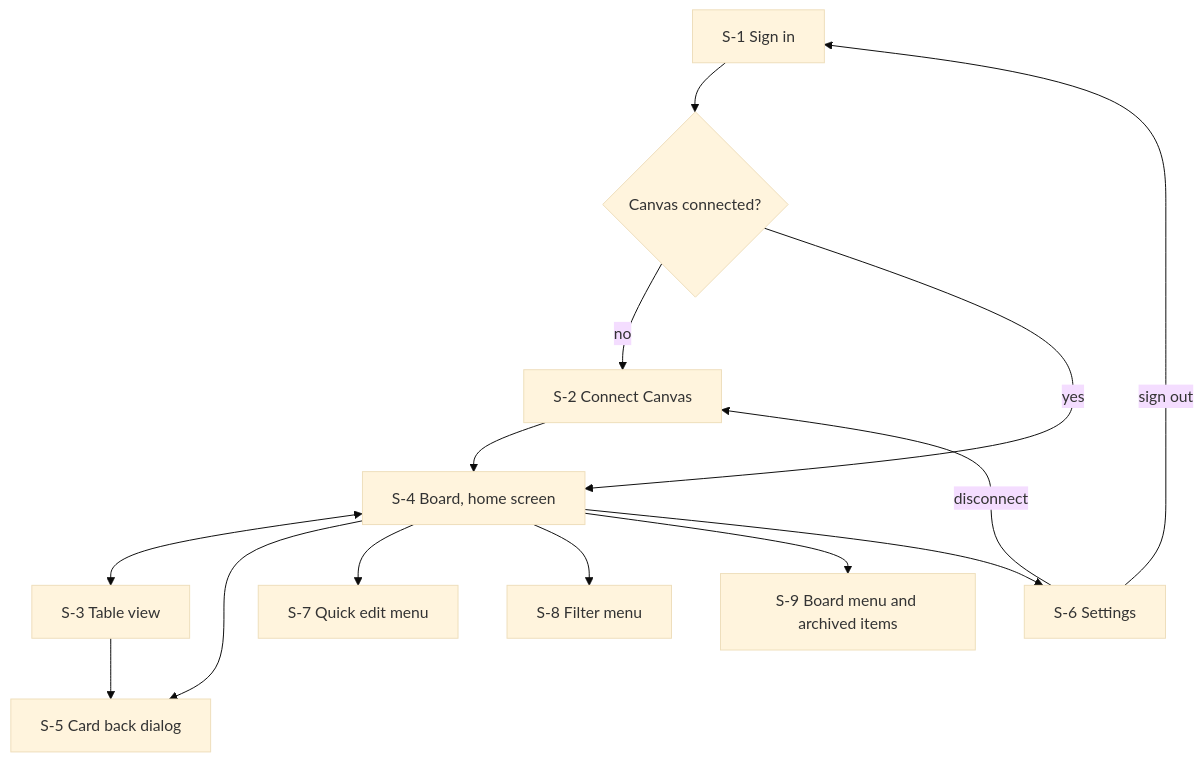
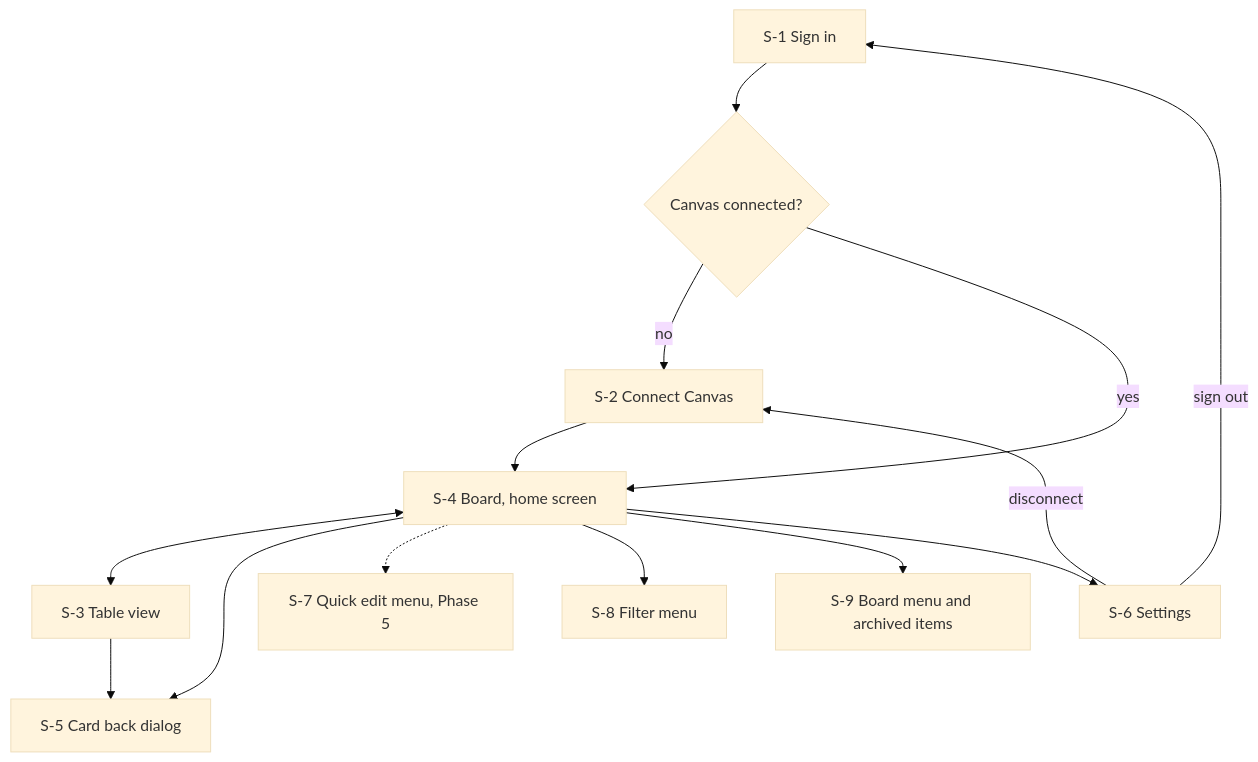
Before and after one commit to bbranton/TestProj: the first of 9 diagrams in docs/canvas-portal/04-wireframes-workflows.md, drawn with Mermaid (base theme). The commit also changed other lines of this file and 4 other files, not shown here.

First line of the commit message:
Move the card quick edit menu (FR-69) to Phase 5

````diff
--- a/docs/canvas-portal/04-wireframes-workflows.md
+++ b/docs/canvas-portal/04-wireframes-workflows.md
@@ -17,16 +17,16 @@
 ```mermaid
 flowchart TD
     S1[S-1 Sign in] --> Q{Canvas connected?}
     Q -- no --> S2[S-2 Connect Canvas]
     Q -- yes --> S4[S-4 Board, home screen]
     S2 --> S4
     S4 <--> S3[S-3 Table view]
     S4 --> S5[S-5 Card back dialog]
     S3 --> S5
-    S4 --> S7[S-7 Quick edit menu]
+    S4 -.-> S7[S-7 Quick edit menu, Phase 5]
     S4 --> S8[S-8 Filter menu]
     S4 --> S9[S-9 Board menu and archived items]
     S4 --> S6[S-6 Settings]
     S6 -- disconnect --> S2
     S6 -- sign out --> S1
 ```
````
